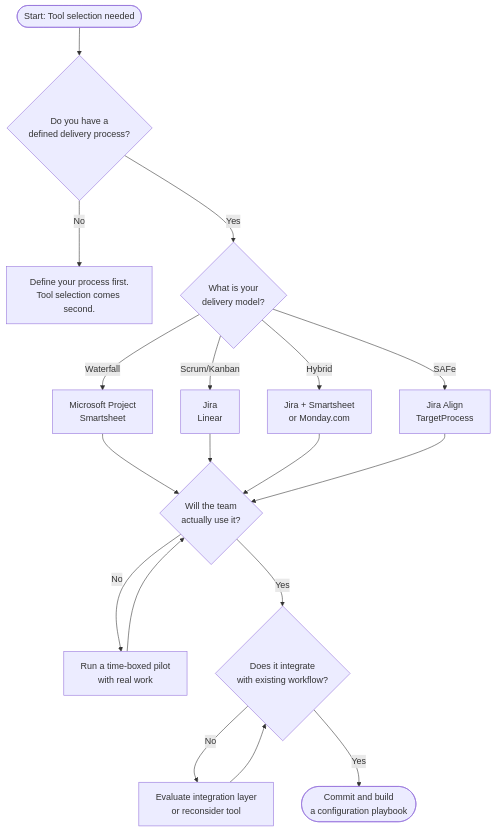
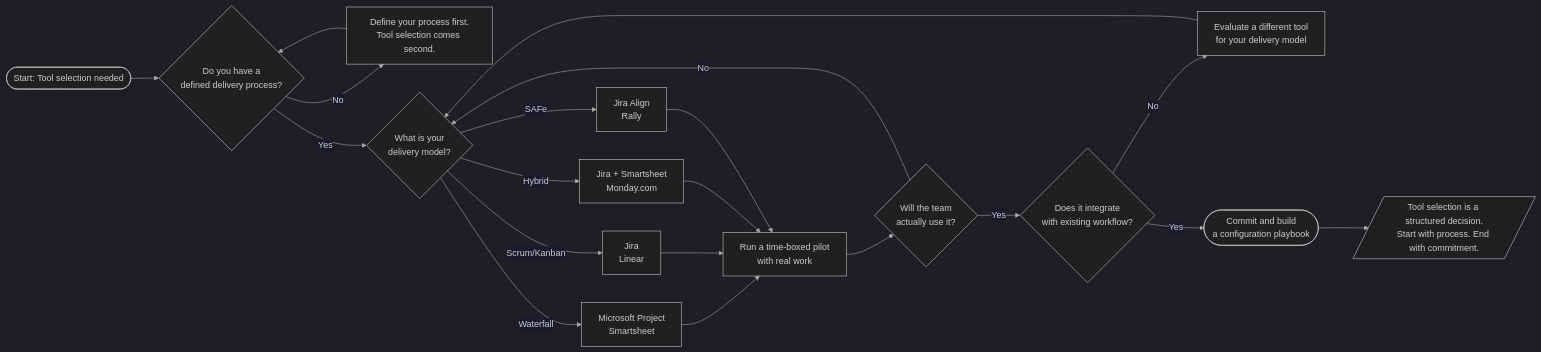
The diagram in src/content/blog/26-jira-pdu/index.mdx (jeff-mos-def/jeffcamacho-micro), drawn with Mermaid before and after one commit. The commit also changed other lines of this file and 3 other files, not shown here.

````diff
--- a/src/content/blog/26-jira-pdu/index.mdx
+++ b/src/content/blog/26-jira-pdu/index.mdx
@@ -89,23 +83,26 @@
 ```mermaid
-flowchart TD
-    A([Start: Tool selection needed]) --> B{Do you have a\ndefined delivery process?}
-    B -- No --> C[Define your process first.\nTool selection comes second.]
-    B -- Yes --> D{What is your\ndelivery model?}
+%%{init: {'theme': 'dark', 'title': 'Tool Selection Decision Flow', 'themeVariables': {'primaryColor': '#2a2860', 'primaryTextColor': '#ffffff', 'primaryBorderColor': '#7B74E0', 'lineColor': '#aaaaaa', 'secondaryColor': '#1a1a2e', 'tertiaryColor': '#1a1a2e', 'edgeLabelBackground': '#1a1a2e', 'clusterBkg': '#1a1a2e', 'titleColor': '#ffffff', 'fontFamily': 'Georgia, serif'}}}%%
+flowchart LR
+    A([Start: Tool selection needed]) --> B{Do you have a<br/>defined delivery process?}
+    B -- No --> C[Define your process first.<br/>Tool selection comes second.]
+    C --> B
+    B -- Yes --> D{What is your<br/>delivery model?}
  
-    D -- Waterfall --> E[Microsoft Project\nSmartsheet]
-    D -- Scrum/Kanban --> F[Jira\nLinear]
-    D -- Hybrid --> G[Jira + Smartsheet\nor Monday.com]
-    D -- SAFe --> H[Jira Align\nTargetProcess]
+    D -- Waterfall --> E[Microsoft Project<br/>Smartsheet]
+    D -- Scrum/Kanban --> F[Jira<br/>Linear]
+    D -- Hybrid --> G[Jira + Smartsheet<br/>Monday.com]
+    D -- SAFe --> H[Jira Align<br/>Rally]
  
-    E --> I{Will the team\nactually use it?}
-    F --> I
-    G --> I
-    H --> I
+    E --> J[Run a time-boxed pilot<br/>with real work]
+    F --> J
+    G --> J
+    H --> J
  
-    I -- No --> J[Run a time-boxed pilot\nwith real work]
-    J --> I
-    I -- Yes --> K{Does it integrate\nwith existing workflow?}
-    K -- No --> L[Evaluate integration layer\nor reconsider tool]
-    L --> K
-    K -- Yes --> M([Commit and build\na configuration playbook])
+    J --> I{Will the team<br/>actually use it?}
+    I -- No --> D
+    I -- Yes --> K{Does it integrate<br/>with existing workflow?}
+    K -- No --> L[Evaluate a different tool<br/>for your delivery model]
+    L --> D
+    K -- Yes --> M([Commit and build<br/>a configuration playbook])
+    M --> N[/Tool selection is a structured decision.<br/>Start with process. End with commitment./]
 ```
````
